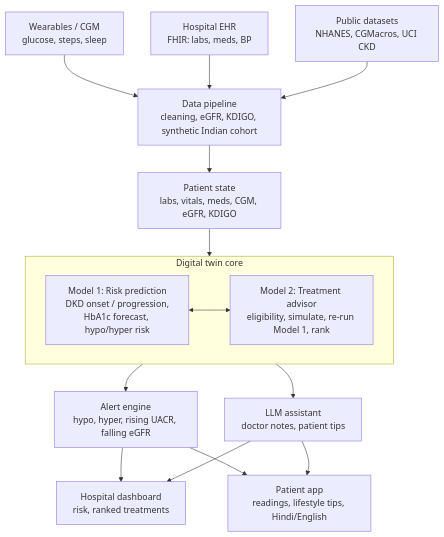
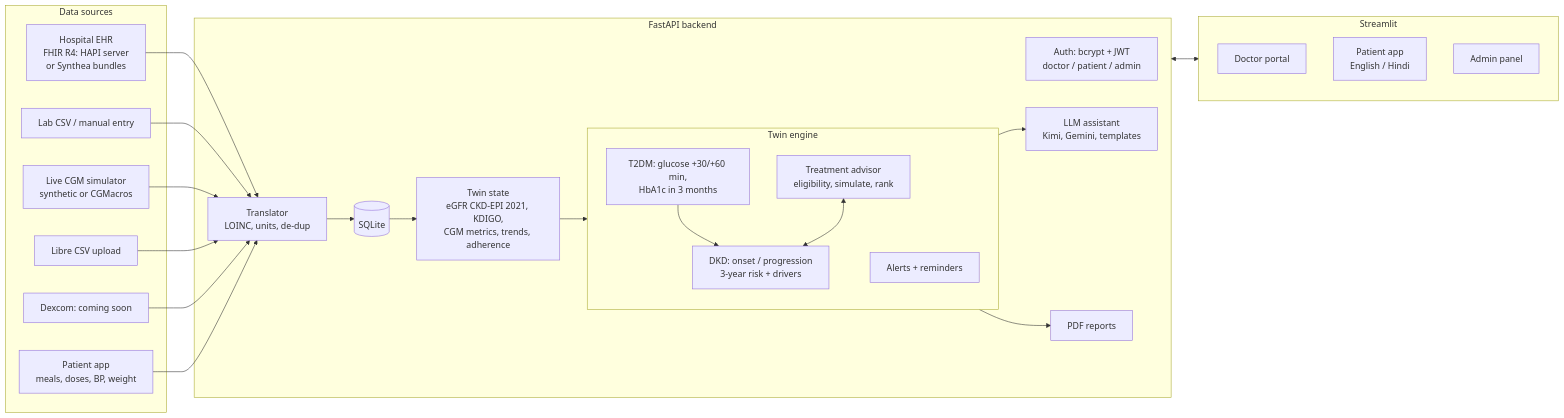
One commit to singhshiwangi7835-cloud/glycorenal-twin changed the diagram in docs/architecture.md. Above: the diagram before and after it, drawn with Mermaid. The commit also changed other lines of this file and 13 other files, not shown here.

````diff
--- a/docs/architecture.md
+++ b/docs/architecture.md
@@ -3,21 +16,35 @@
 ```mermaid
-flowchart TD
-    A[Wearables / CGM<br/>glucose, steps, sleep] --> D
-    B[Hospital EHR<br/>FHIR: labs, meds, BP] --> D
-    C[Public datasets<br/>NHANES, CGMacros, UCI CKD] --> D
-    D[Data pipeline<br/>cleaning, eGFR, KDIGO, synthetic Indian cohort] --> E
-    E[Patient state<br/>labs, vitals, meds, CGM, eGFR, KDIGO] --> CORE
-
-    subgraph CORE[Digital twin core]
-        M1[Model 1: Risk prediction<br/>DKD onset / progression,<br/>HbA1c forecast, hypo/hyper risk]
-        M2[Model 2: Treatment advisor<br/>eligibility, simulate, re-run Model 1, rank]
-        M1 <--> M2
+flowchart LR
+  subgraph IN[Data sources]
+    EHR[Hospital EHR<br/>FHIR R4: HAPI server<br/>or Synthea bundles]
+    LAB[Lab CSV / manual entry]
+    SIM[Live CGM simulator<br/>synthetic or CGMacros]
+    LIB[Libre CSV upload]
+    DEX[Dexcom: coming soon]
+    PAT[Patient app<br/>meals, doses, BP, weight]
+  end
+  subgraph API[FastAPI backend]
+    AUTH[Auth: bcrypt + JWT<br/>doctor / patient / admin]
+    TR[Translator<br/>LOINC, units, de-dup]
+    DB[(SQLite)]
+    ST[Twin state<br/>eGFR CKD-EPI 2021, KDIGO,<br/>CGM metrics, trends, adherence]
+    subgraph ENG[Twin engine]
+      T2[T2DM: glucose +30/+60 min,<br/>HbA1c in 3 months]
+      DKD[DKD: onset / progression<br/>3-year risk + drivers]
+      TA[Treatment advisor<br/>eligibility, simulate, rank]
+      AL[Alerts + reminders]
     end
-
-    CORE --> F[Alert engine<br/>hypo, hyper, rising UACR, falling eGFR]
-    CORE --> G[LLM assistant<br/>doctor notes, patient tips]
-    F --> H[Hospital dashboard<br/>risk, ranked treatments]
-    G --> H
-    F --> I[Patient app<br/>readings, lifestyle tips, Hindi/English]
-    G --> I
+    LLM[LLM assistant<br/>Kimi, Gemini, templates]
+    PDF[PDF reports]
+  end
+  subgraph UI[Streamlit]
+    DOC[Doctor portal]
+    PTA[Patient app<br/>English / Hindi]
+    ADM[Admin panel]
+  end
+  EHR & LAB & SIM & LIB & DEX & PAT --> TR --> DB --> ST --> ENG
+  T2 --> DKD
+  TA <--> DKD
+  ENG --> LLM & PDF
+  API <--> UI
 ```
````
